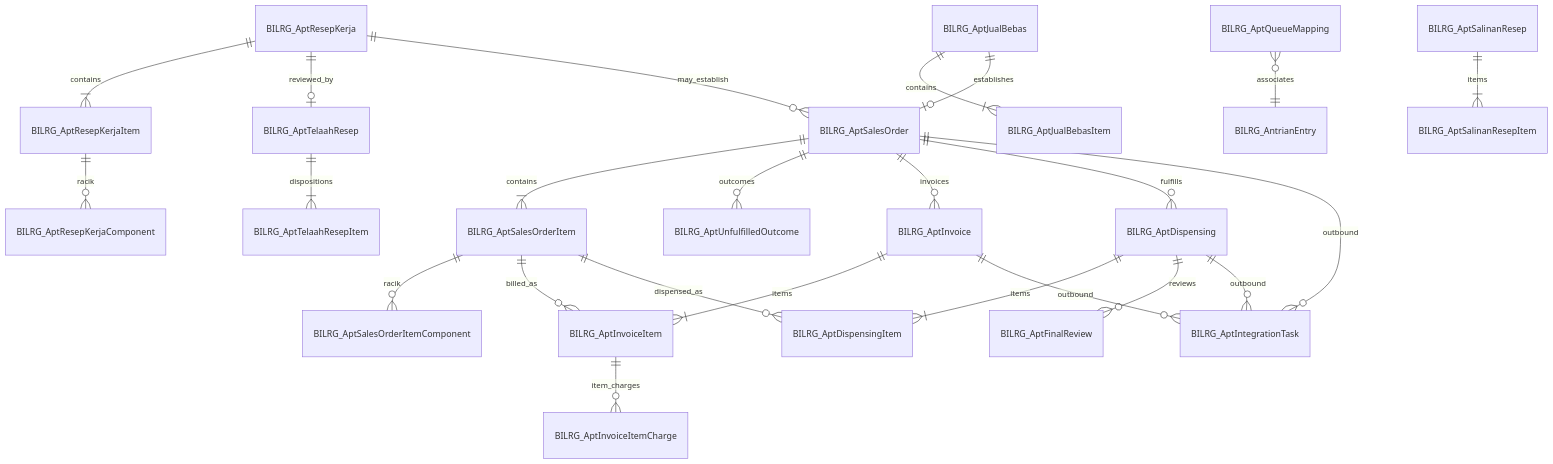
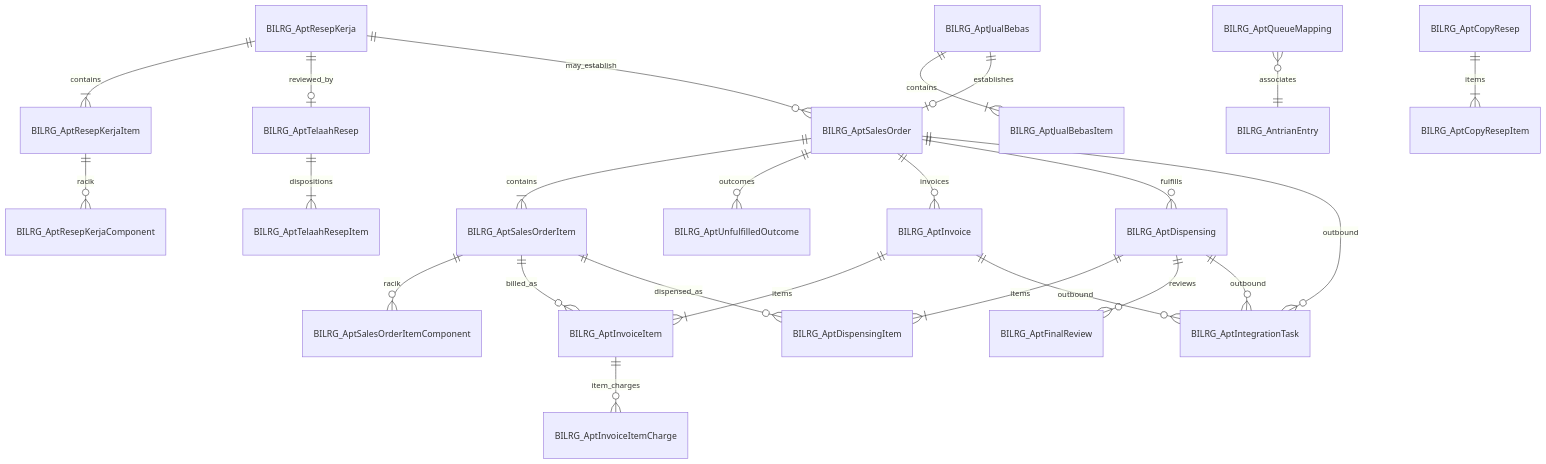
One commit to smart-ics/b09-bilreg-api changed the second of 3 diagrams in docs/contexts/apotek/outpatient-apotek-persistence-design.md. Above: the diagram before and after it, drawn with Mermaid. The commit also changed other lines of this file and 18 other files, not shown here.

Commit message:
Ubah istilah 'Salinan Resep' menjadi 'Copy Resep'

````diff
--- a/docs/contexts/apotek/outpatient-apotek-persistence-design.md
+++ b/docs/contexts/apotek/outpatient-apotek-persistence-design.md
@@ -337,26 +337,26 @@
 ```mermaid
 erDiagram
   BILRG_AptResepKerja ||--|{ BILRG_AptResepKerjaItem : contains
   BILRG_AptResepKerjaItem ||--o{ BILRG_AptResepKerjaComponent : racik
   BILRG_AptResepKerja ||--o| BILRG_AptTelaahResep : reviewed_by
   BILRG_AptResepKerja ||--o{ BILRG_AptSalesOrder : may_establish
   BILRG_AptJualBebas ||--|{ BILRG_AptJualBebasItem : contains
   BILRG_AptJualBebas ||--o| BILRG_AptSalesOrder : establishes
   BILRG_AptTelaahResep ||--|{ BILRG_AptTelaahResepItem : dispositions
   BILRG_AptSalesOrder ||--|{ BILRG_AptSalesOrderItem : contains
   BILRG_AptSalesOrderItem ||--o{ BILRG_AptSalesOrderItemComponent : racik
   BILRG_AptSalesOrder ||--o{ BILRG_AptUnfulfilledOutcome : outcomes
   BILRG_AptSalesOrder ||--o{ BILRG_AptInvoice : invoices
   BILRG_AptSalesOrder ||--o{ BILRG_AptDispensing : fulfills
   BILRG_AptSalesOrderItem ||--o{ BILRG_AptInvoiceItem : billed_as
   BILRG_AptSalesOrderItem ||--o{ BILRG_AptDispensingItem : dispensed_as
   BILRG_AptInvoice ||--|{ BILRG_AptInvoiceItem : items
   BILRG_AptInvoiceItem ||--o{ BILRG_AptInvoiceItemCharge : item_charges
   BILRG_AptDispensing ||--|{ BILRG_AptDispensingItem : items
   BILRG_AptDispensing ||--o{ BILRG_AptFinalReview : reviews
   BILRG_AptQueueMapping }o--|| BILRG_AntrianEntry : associates
-  BILRG_AptSalinanResep ||--|{ BILRG_AptSalinanResepItem : items
+  BILRG_AptCopyResep ||--|{ BILRG_AptCopyResepItem : items
   BILRG_AptSalesOrder ||--o{ BILRG_AptIntegrationTask : outbound
   BILRG_AptDispensing ||--o{ BILRG_AptIntegrationTask : outbound
   BILRG_AptInvoice ||--o{ BILRG_AptIntegrationTask : outbound
 ```
````
